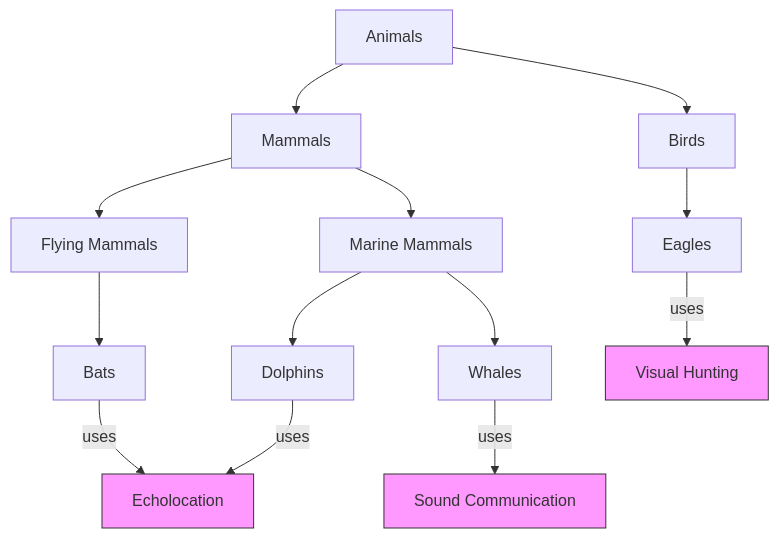
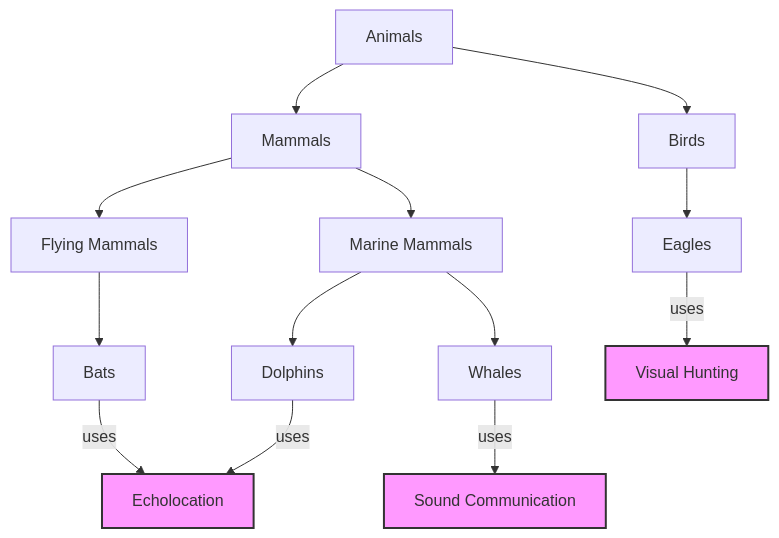
Before and after one commit to nyvyn/nyvyn.github.io: the second of 3 diagrams in _notes/2024-12-24-graph-embeddings.markdown, drawn with Mermaid. The commit also changed 1 other file, not shown here.

Commit message:
fix: Update Mermaid graph rendering with improved configuration and syntax

````diff
--- a/_notes/2024-12-24-graph-embeddings.markdown
+++ b/_notes/2024-12-24-graph-embeddings.markdown
@@ -92,20 +92,20 @@
    ```mermaid
-   graph TD
-    A[Animals] --> B[Mammals]
-    A --> C[Birds]
-    B --> D[Marine Mammals]
-    B --> E[Flying Mammals]
-    D --> F[Dolphins]
-    D --> G[Whales]
-    E --> H[Bats]
-    C --> I[Eagles]
+   flowchart TD
+    A["Animals"] --> B["Mammals"]
+    A --> C["Birds"]
+    B --> D["Marine Mammals"]
+    B --> E["Flying Mammals"]
+    D --> F["Dolphins"]
+    D --> G["Whales"]
+    E --> H["Bats"]
+    C --> I["Eagles"]
     
-    F -->|uses| J[Echolocation]
+    F -->|uses| J["Echolocation"]
     H -->|uses| J
-    G -->|uses| K[Sound Communication]
-    I -->|uses| L[Visual Hunting]
+    G -->|uses| K["Sound Communication"]
+    I -->|uses| L["Visual Hunting"]
     
-    style J fill:#f9f,stroke:#333
-    style K fill:#f9f,stroke:#333
-    style L fill:#f9f,stroke:#333
+    style J fill:#f9f,stroke:#333,stroke-width:2px
+    style K fill:#f9f,stroke:#333,stroke-width:2px
+    style L fill:#f9f,stroke:#333,stroke-width:2px
    ```
````
